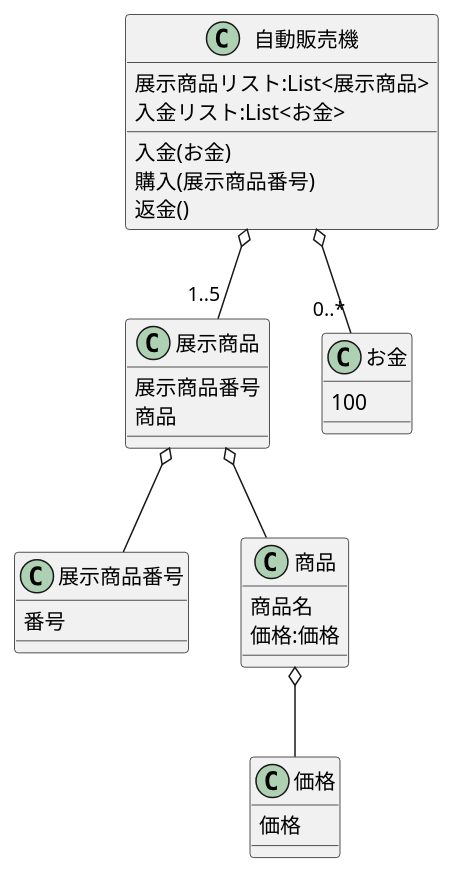
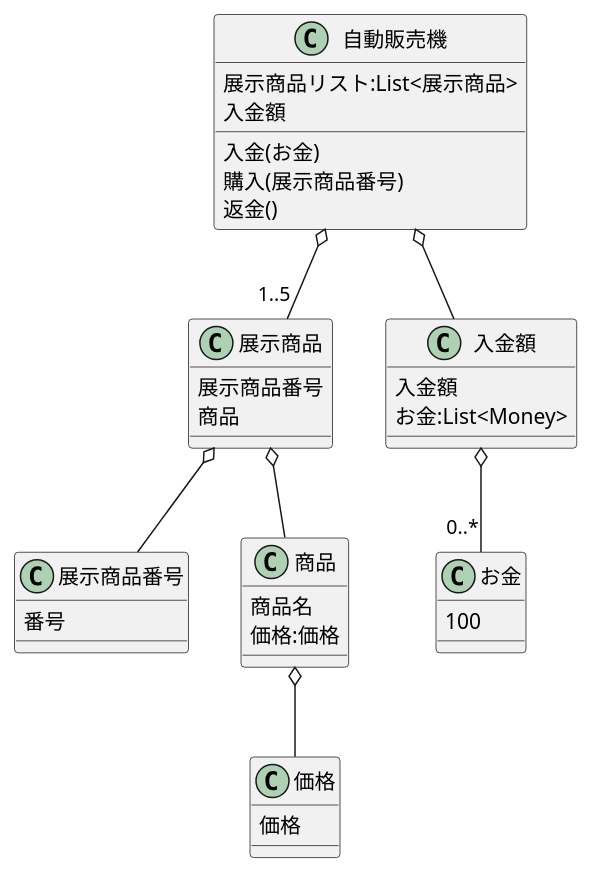
Before and after one commit to TakashiOnawa/ModelingPractice-VendingMachine: the diagram in modeling/DomainModel.md, drawn with PlantUML. The commit also changed 7 other files, not shown here.

````diff
--- a/modeling/DomainModel.md
+++ b/modeling/DomainModel.md
@@ -1,45 +1,52 @@
 ```puml
 @startuml
 class 自動販売機
 {
     展示商品リスト:List<展示商品>
-    入金リスト:List<お金>
+    入金額
     入金(お金)
     購入(展示商品番号)
     返金()
 }
 
 class 展示商品
 {
     展示商品番号
     商品
 }
 
 class 展示商品番号
 {
     番号
 }
 
 class 商品
 {
     商品名
     価格:価格
 }
 
+class 入金額
+{
+    入金額
+    お金:List<Money>
+}
+
 class お金
 {
     100
 }
 
 class 価格
 {
     価格
 }
 
 自動販売機 o-- "1..5" 展示商品
-自動販売機 o-- "0..*" お金
+自動販売機 o-- 入金額
 展示商品 o-- 展示商品番号
 展示商品 o-- 商品
+入金額 o-- "0..*" お金
 商品 o-- 価格
 @enduml
 ```
````
